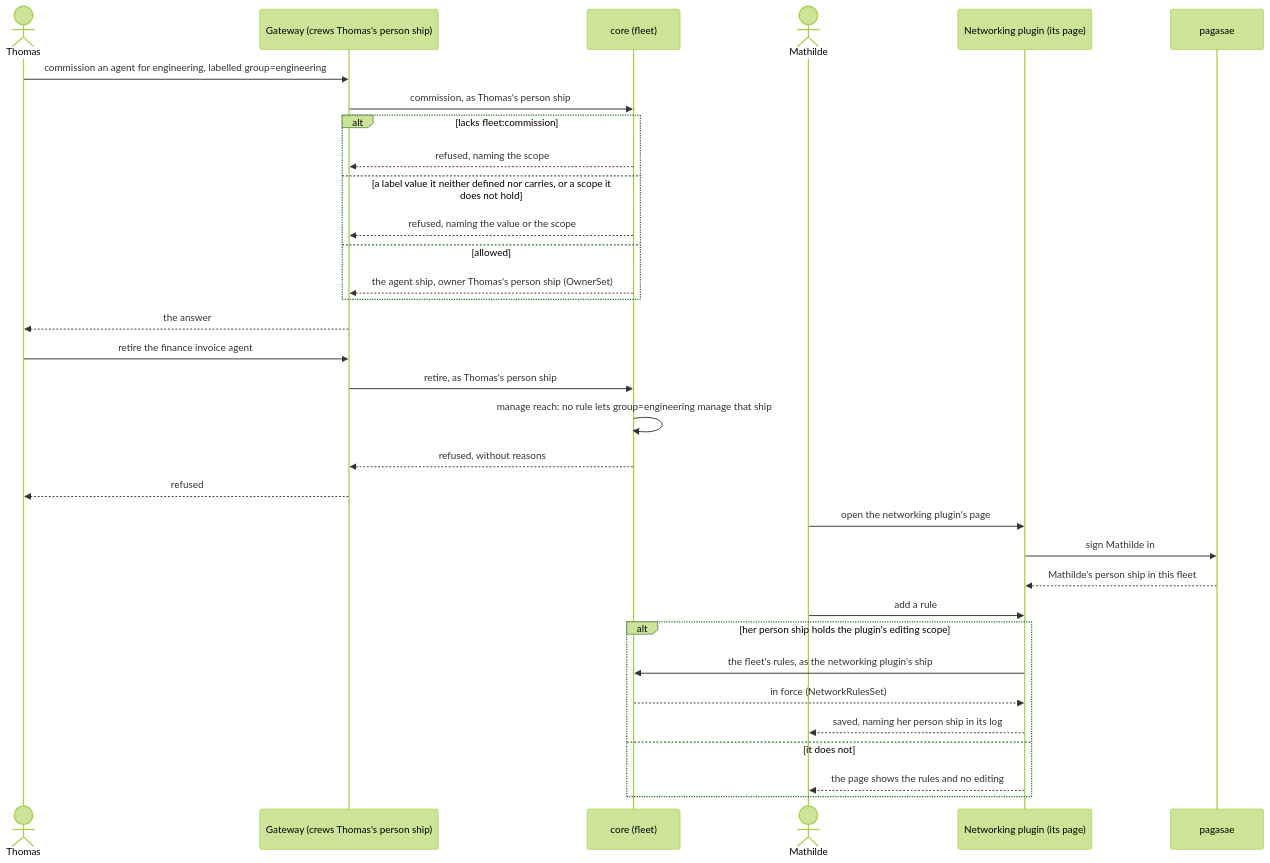
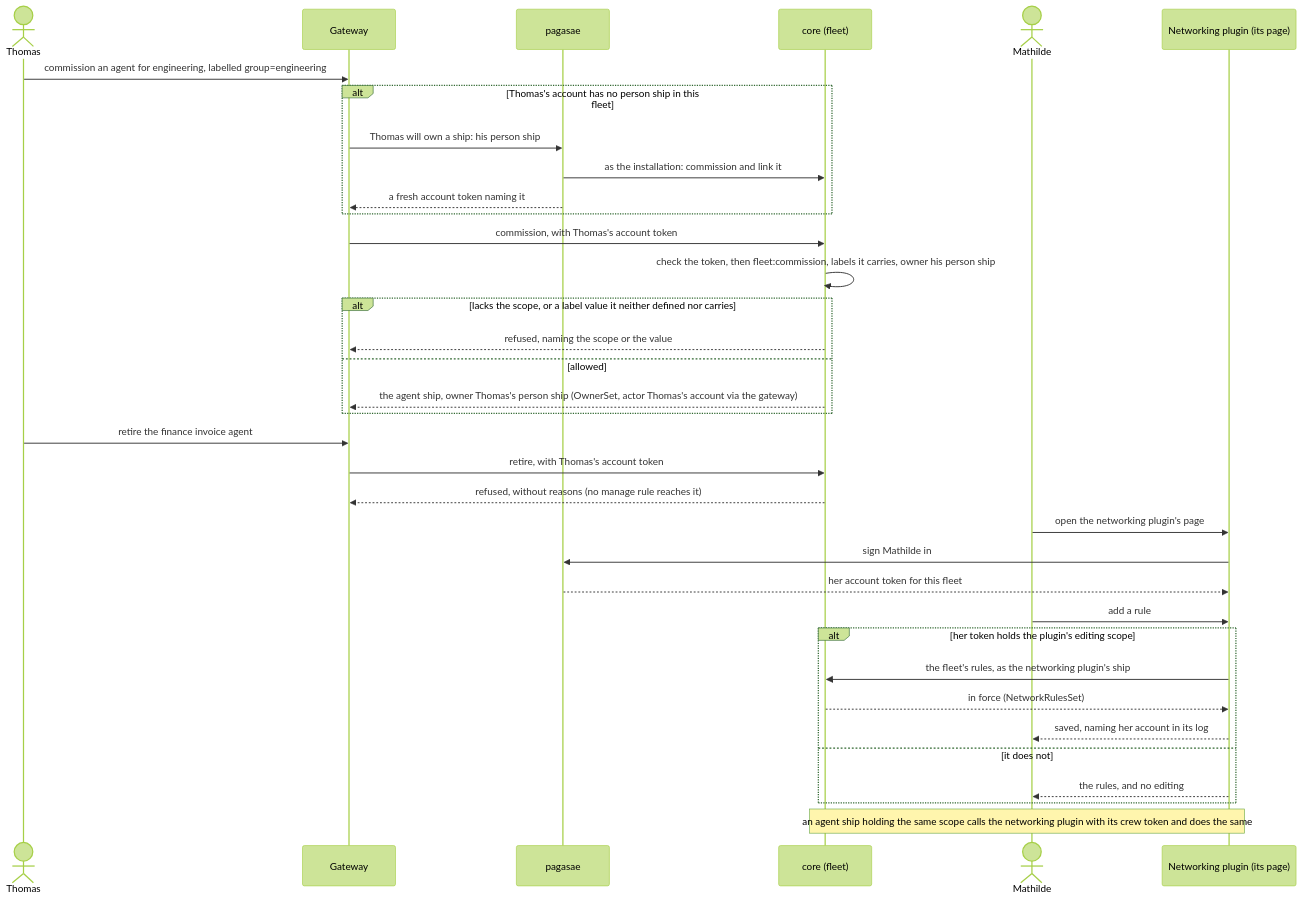
One commit to ThomasHendrickx/aeolus-fleet changed the fourth of 11 diagrams in docs/design/accounts/phase-2/flows.md. Above: the diagram before and after it, drawn with Mermaid (forest theme). The commit also changed other lines of this file, not shown here.

First line of the commit message:
docs(design): accounts phase 2 flows on the actor model, F11 the account token

````diff
--- a/docs/design/accounts/phase-2/flows.md
+++ b/docs/design/accounts/phase-2/flows.md
@@ -110,35 +109,37 @@
 ```mermaid
 sequenceDiagram
   actor T as Thomas
-  participant G as Gateway (crews Thomas's person ship)
+  participant G as Gateway
+  participant P as pagasae
   participant C as core (fleet)
   actor M as Mathilde
   participant N as Networking plugin (its page)
-  participant P as pagasae
   T->>G: commission an agent for engineering, labelled group=engineering
-  G->>C: commission, as Thomas's person ship
-  alt lacks fleet:commission
-    C-->>G: refused, naming the scope
-  else a label value it neither defined nor carries, or a scope it does not hold
-    C-->>G: refused, naming the value or the scope
+  alt Thomas's account has no person ship in this fleet
+    G->>P: Thomas will own a ship: his person ship
+    P->>C: as the installation: commission and link it
+    P-->>G: a fresh account token naming it
+  end
+  G->>C: commission, with Thomas's account token
+  C->>C: check the token, then fleet:commission, labels it carries, owner his person ship
+  alt lacks the scope, or a label value it neither defined nor carries
+    C-->>G: refused, naming the scope or the value
   else allowed
-    C-->>G: the agent ship, owner Thomas's person ship (OwnerSet)
+    C-->>G: the agent ship, owner Thomas's person ship (OwnerSet, actor Thomas's account via the gateway)
   end
-  G-->>T: the answer
   T->>G: retire the finance invoice agent
-  G->>C: retire, as Thomas's person ship
-  C->>C: manage reach: no rule lets group=engineering manage that ship
-  C-->>G: refused, without reasons
-  G-->>T: refused
+  G->>C: retire, with Thomas's account token
+  C-->>G: refused, without reasons (no manage rule reaches it)
   M->>N: open the networking plugin's page
   N->>P: sign Mathilde in
-  P-->>N: Mathilde's person ship in this fleet
+  P-->>N: her account token for this fleet
   M->>N: add a rule
-  alt her person ship holds the plugin's editing scope
+  alt her token holds the plugin's editing scope
     N->>C: the fleet's rules, as the networking plugin's ship
     C-->>N: in force (NetworkRulesSet)
-    N-->>M: saved, naming her person ship in its log
+    N-->>M: saved, naming her account in its log
   else it does not
-    N-->>M: the page shows the rules and no editing
+    N-->>M: the rules, and no editing
   end
+  Note over N,C: an agent ship holding the same scope calls the networking plugin with its crew token and does the same
 ```
````
